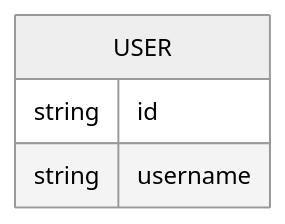
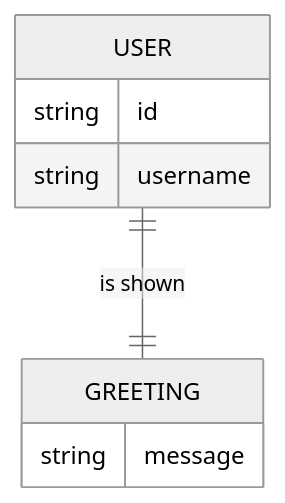
The diagram in specs/design/domain-model.md (asdlc-repos/hello-world-webapp1212), drawn with Mermaid (neutral theme) before and after one commit. The commit also changed other lines of this file, not shown here.

Commit message:
aep: apply file changes: collab session

````diff
--- a/specs/design/domain-model.md
+++ b/specs/design/domain-model.md
@@ -5,7 +5,11 @@
 ```mermaid
 erDiagram
     USER {
         string id
         string username
     }
+    GREETING {
+        string message
+    }
+    USER ||--|| GREETING : "is shown"
 ```
````
